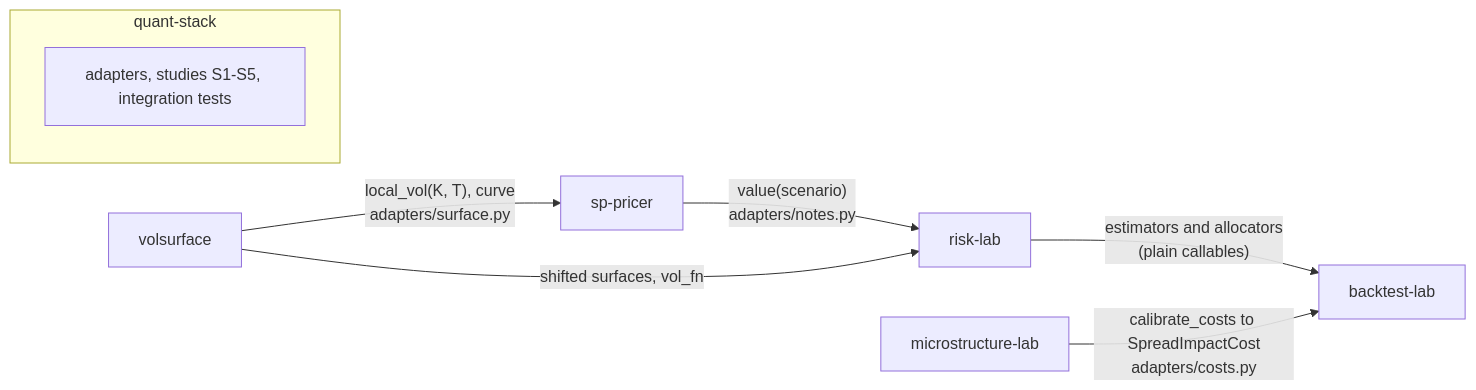
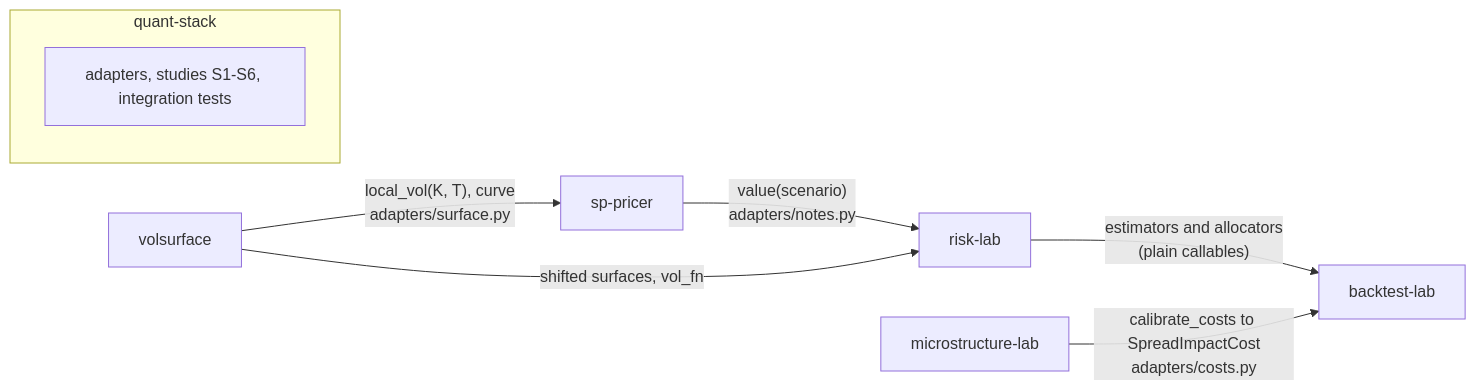
The diagram in README.md (hossainyousuf751/quant-stack), drawn with Mermaid before and after one commit. The commit also changed other lines of this file and 7 other files, not shown here.

````diff
--- a/README.md
+++ b/README.md
@@ -20,11 +20,11 @@
 ```mermaid
 flowchart LR
     VS[volsurface] -->|"local_vol(K, T), curve<br/>adapters/surface.py"| SP[sp-pricer]
     SP -->|"value(scenario)<br/>adapters/notes.py"| RL[risk-lab]
     VS -->|"shifted surfaces, vol_fn"| RL
     RL -->|"estimators and allocators<br/>(plain callables)"| BT[backtest-lab]
     MS[microstructure-lab] -->|"calibrate_costs to SpreadImpactCost<br/>adapters/costs.py"| BT
     subgraph quant-stack
-      A[adapters, studies S1-S5, integration tests]
+      A[adapters, studies S1-S6, integration tests]
     end
 ```
````
